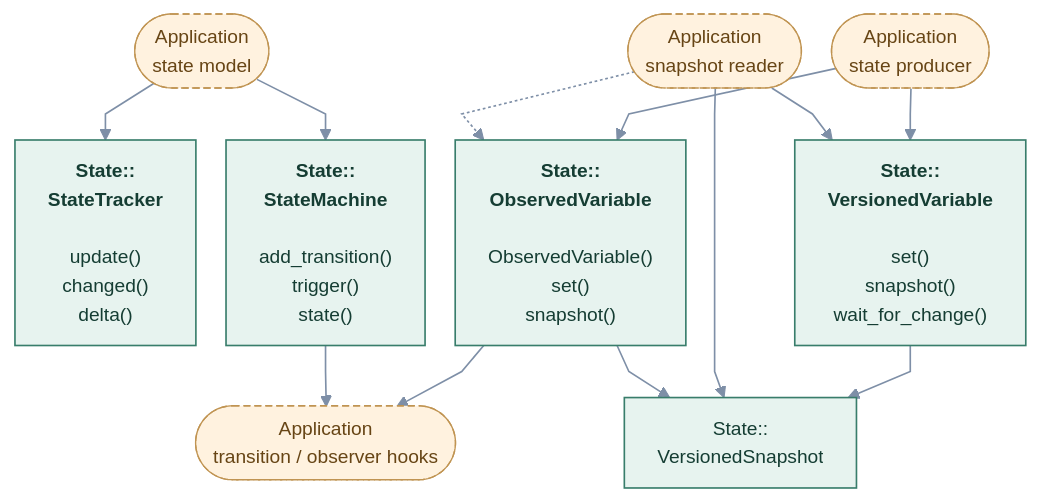
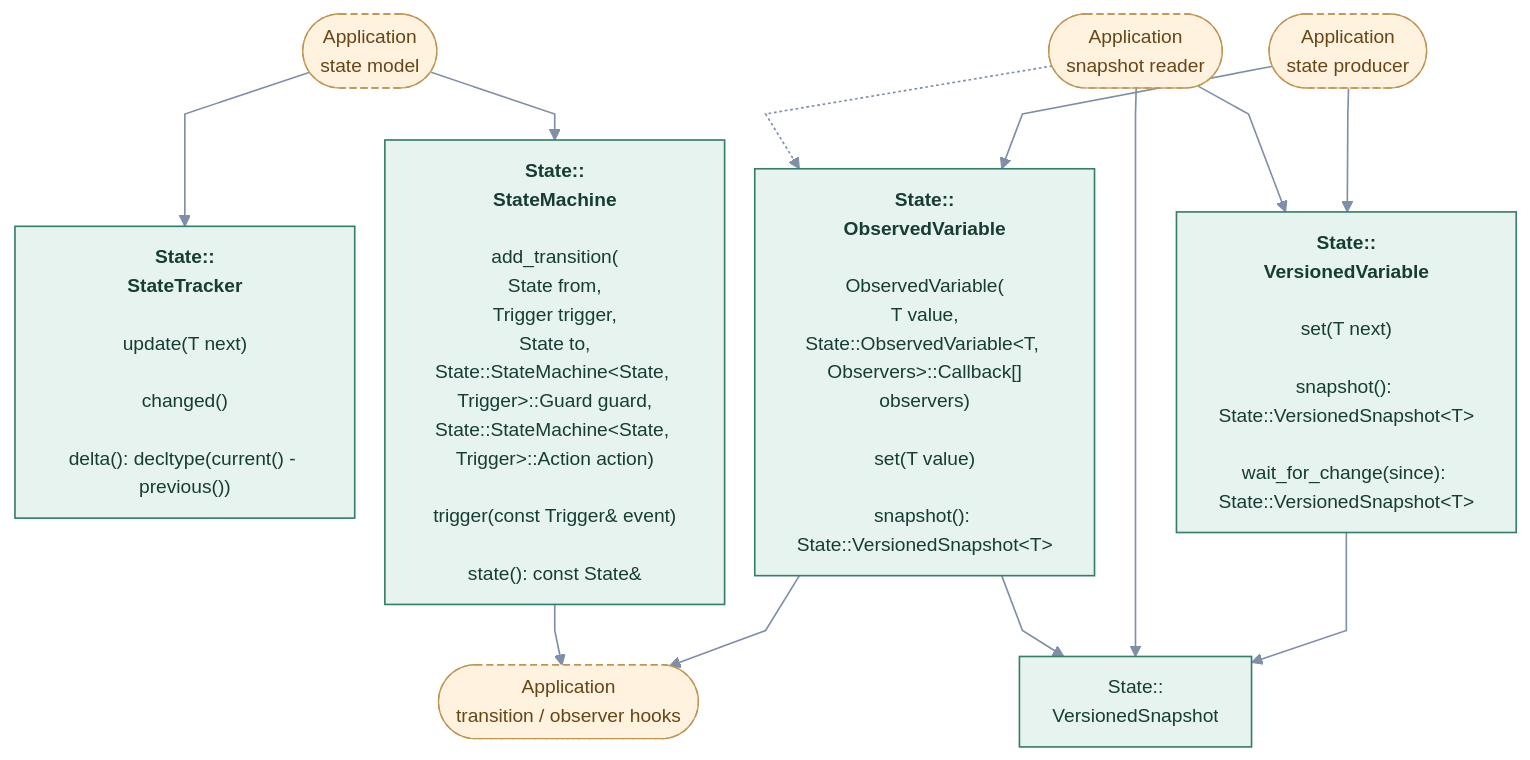
The diagram in docs/site/engine-systems/diagrams/state-application.mmd (cppcooper/cheryl-engine), drawn with Mermaid before and after one commit. The commit also changed 22 other files, not shown here.

First line of the commit message:
Adds argument and result types to application diagrams

```diff
--- a/docs/site/engine-systems/diagrams/state-application.mmd
+++ b/docs/site/engine-systems/diagrams/state-application.mmd
@@ -1,41 +1,41 @@
 ---
 config:
   theme: base
   themeVariables:
     fontFamily: system-ui, sans-serif
     fontSize: 14px
   flowchart:
     htmlLabels: true
     curve: linear
     nodeSpacing: 22
     rankSpacing: 38
     padding: 12
 ---
 flowchart TB
     accTitle: State · application state choices
     accDescr: Arrows point toward the API or type used, not call order or data flow. Methods beneath type names are selected application entry points; Implement hooks marks engine-invoked overrides. Dashed arrows mark optional choices.
     k0(["Application<br/>state model"]):::app
-    k1["<b>State::<br/>StateTracker</b><br/><br/>update()<br/>changed()<br/>delta()"]:::focal
-    k2["<b>State::<br/>StateMachine</b><br/><br/>add_transition()<br/>trigger()<br/>state()"]:::focal
+    k1["<b>State::<br/>StateTracker</b><br/><br/>update(T next)<br/><br/>changed()<br/><br/>delta(): decltype(current() - previous())"]:::focal
+    k2["<b>State::<br/>StateMachine</b><br/><br/>add_transition(<br/>State from,<br/>Trigger trigger,<br/>State to,<br/>State::StateMachine&lt;State, Trigger&gt;::Guard guard,<br/>State::StateMachine&lt;State, Trigger&gt;::Action action)<br/><br/>trigger(const Trigger&amp; event)<br/><br/>state(): const State&amp;"]:::focal
     k3(["Application<br/>state producer"]):::app
-    k4["<b>State::<br/>VersionedVariable</b><br/><br/>set()<br/>snapshot()<br/>wait_for_change()"]:::focal
-    k5["<b>State::<br/>ObservedVariable</b><br/><br/>ObservedVariable()<br/>set()<br/>snapshot()"]:::focal
+    k4["<b>State::<br/>VersionedVariable</b><br/><br/>set(T next)<br/><br/>snapshot(): State::VersionedSnapshot&lt;T&gt;<br/><br/>wait_for_change(since): State::VersionedSnapshot&lt;T&gt;"]:::focal
+    k5["<b>State::<br/>ObservedVariable</b><br/><br/>ObservedVariable(<br/>T value,<br/>State::ObservedVariable&lt;T, Observers&gt;::Callback[]<br/>observers)<br/><br/>set(T value)<br/><br/>snapshot(): State::VersionedSnapshot&lt;T&gt;"]:::focal
     k6["State::<br/>VersionedSnapshot"]:::focal
     k7(["Application<br/>snapshot reader"]):::app
     k8(["Application<br/>transition / observer hooks"]):::app
     k0 --> k1
     k0 --> k2
     k3 --> k4
     k3 --> k5
     k4 --> k6
     k7 --> k6
     k5 --> k8
     k2 --> k8
     k7 --> k4
     k7 -.-> k5
     k5 --> k6
     classDef focal fill:#e7f3ef,stroke:#387d6b,color:#153d33,stroke-width:1.2px
     classDef neighbor fill:#f0f3f8,stroke:#8c9bb1,color:#35445b,stroke-width:1px
     classDef app fill:#fff2df,stroke:#c09452,color:#674515,stroke-dasharray:5 3
     classDef system fill:#eaf0fc,stroke:#617fab,color:#263f69,stroke-width:1.2px
     linkStyle default stroke:#7e8fa7,stroke-width:1.2px
```
